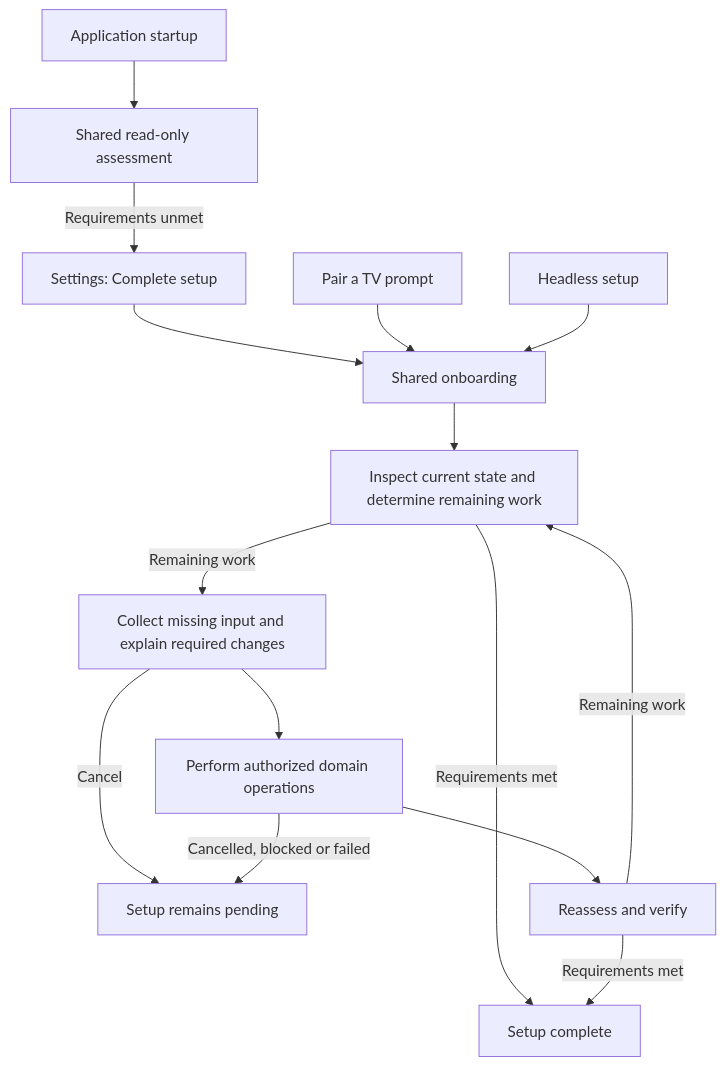
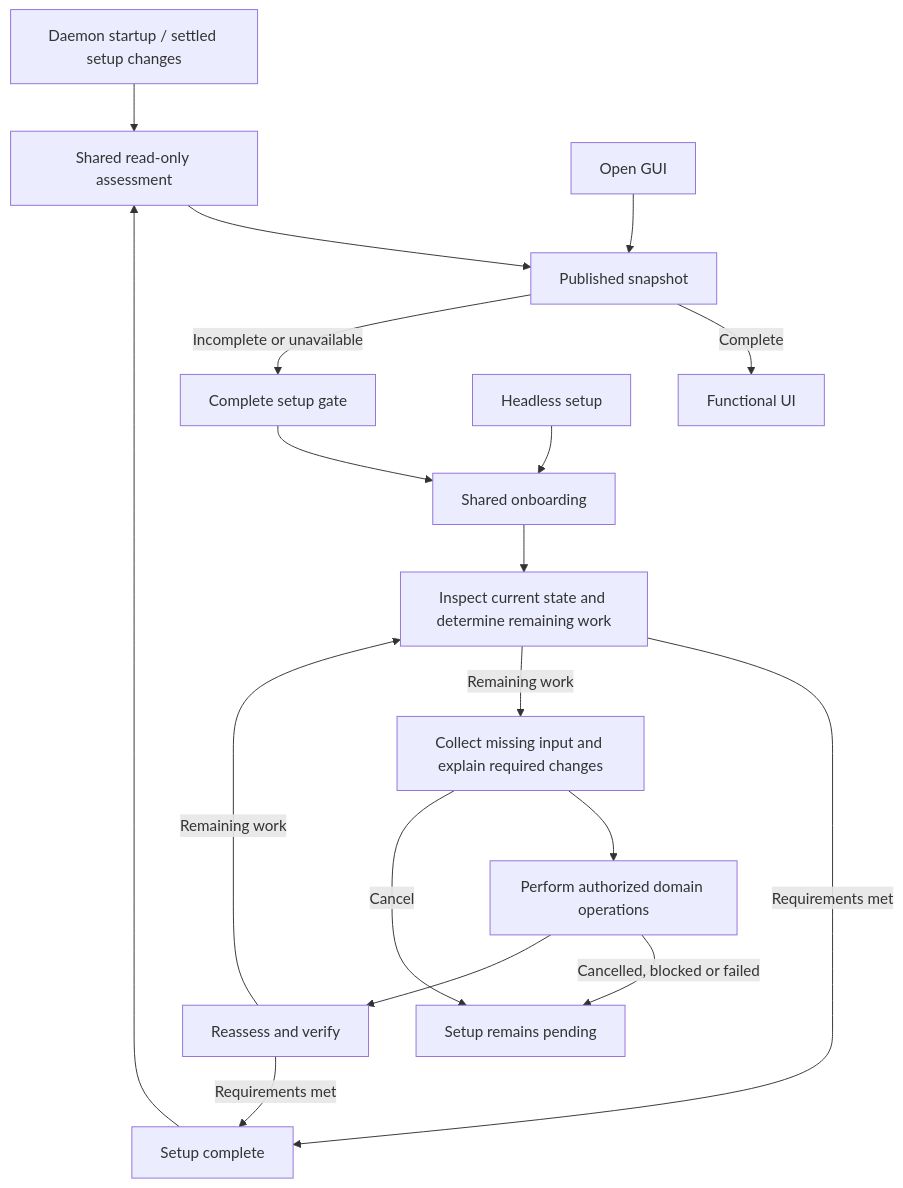
One commit to Staphylococcus/LG_Buddy changed the diagram in docs/onboarding.md. Above: the diagram before and after it, drawn with Mermaid. The commit also changed other lines of this file and 30 other files, not shown here.

Commit message:
Gate GUI on daemon-published installation completeness

````diff
--- a/docs/onboarding.md
+++ b/docs/onboarding.md
@@ -89,17 +99,20 @@
 ```mermaid
 flowchart TD
-    START["Application startup"] --> CHECK["Shared read-only assessment"]
-    CHECK -->|"Requirements unmet"| ROW["Settings: Complete setup"]
-    ROW --> FLOW["Shared onboarding"]
-    FIRST["Pair a TV prompt"] --> FLOW
+    START["Daemon startup / settled setup changes"] --> CHECK["Shared read-only assessment"]
+    CHECK --> CACHE["Published snapshot"]
+    GUI["Open GUI"] --> CACHE
+    CACHE -->|"Complete"| UI["Functional UI"]
+    CACHE -->|"Incomplete or unavailable"| GATE["Complete setup gate"]
+    GATE --> FLOW["Shared onboarding"]
     CLI["Headless setup"] --> FLOW
     FLOW --> INSPECT["Inspect current state and determine remaining work"]
     INSPECT -->|"Requirements met"| DONE["Setup complete"]
     INSPECT -->|"Remaining work"| EXPLAIN["Collect missing input and explain required changes"]
     EXPLAIN --> APPLY["Perform authorized domain operations"]
     EXPLAIN -->|"Cancel"| PENDING["Setup remains pending"]
     APPLY -->|"Cancelled, blocked or failed"| PENDING
     APPLY --> VERIFY["Reassess and verify"]
     VERIFY -->|"Remaining work"| INSPECT
     VERIFY -->|"Requirements met"| DONE
+    DONE --> CHECK
 ```
````
